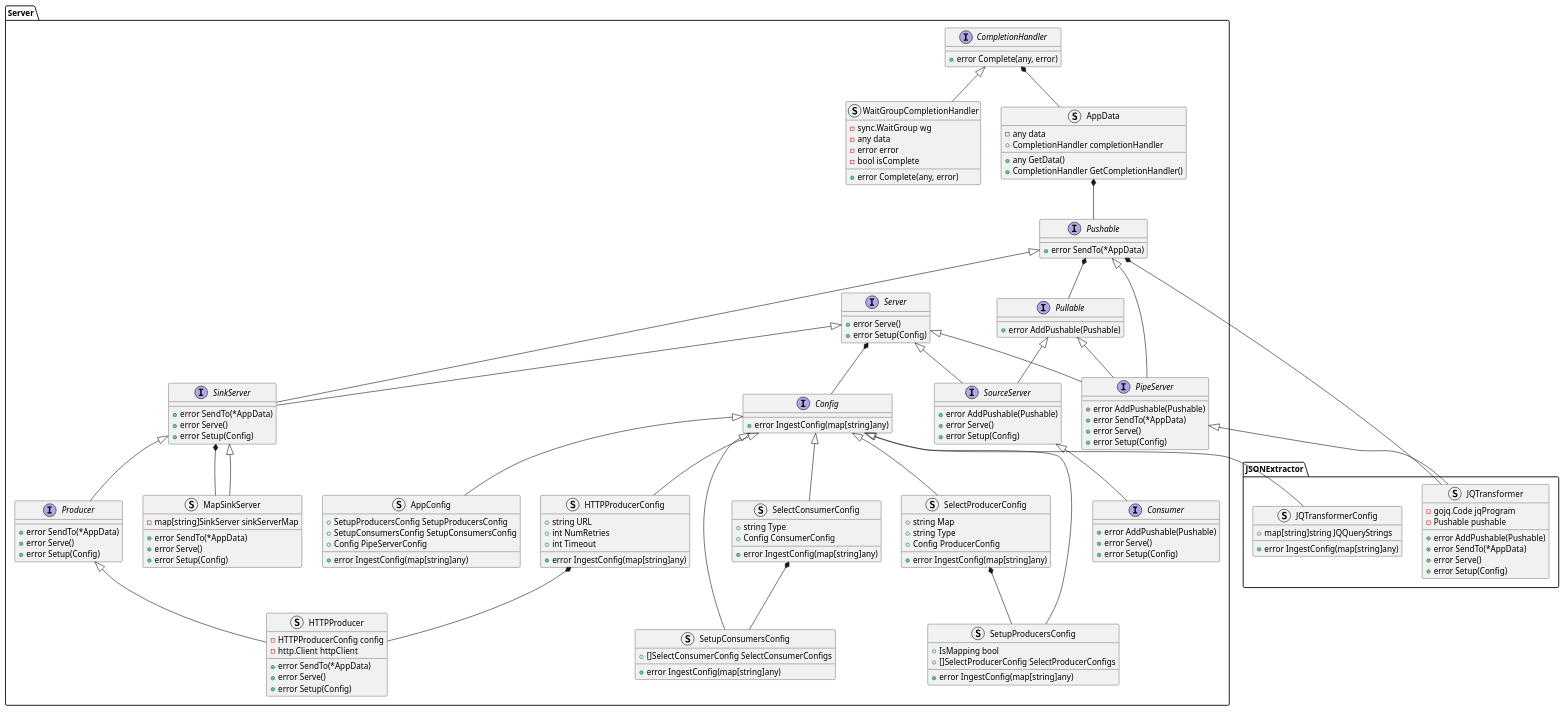
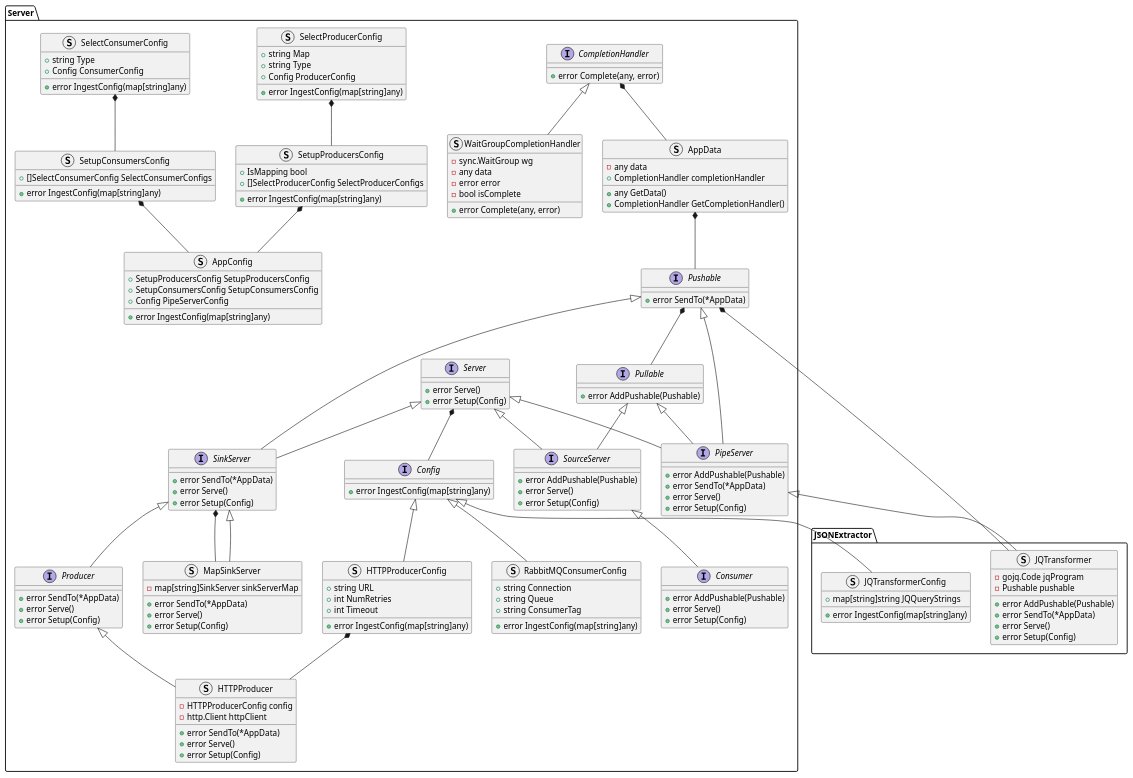
Before and after one commit to xtuml/otel2pv: the diagram in docs/design_notes/DN1_JSON_Extractor/class_diagram.puml, drawn with PlantUML. The commit also changed 4 other files, not shown here.

First line of the commit message:
Cdsopv 73 create config type for message broker consumer (#46)

```diff
--- a/docs/design_notes/DN1_JSON_Extractor/class_diagram.puml
+++ b/docs/design_notes/DN1_JSON_Extractor/class_diagram.puml
@@ -1,151 +1,155 @@
 @startuml
 namespace JSONExtractor {
     struct JQTransformerConfig {
         +map[string]string JQQueryStrings
         +error IngestConfig(map[string]any)
     }
     struct JQTransformer {
         -gojq.Code jqProgram
         -Pushable pushable
         +error AddPushable(Pushable)
         +error SendTo(*AppData)
         +error Serve()
         +error Setup(Config)
     }
 }
 namespace Server {
     interface CompletionHandler {
         +error Complete(any, error)
     }
     struct WaitGroupCompletionHandler {
         -sync.WaitGroup wg
         -any data
         -error error
         -bool isComplete
         +error Complete(any, error)
     }
     struct AppData {
         -any data
         +CompletionHandler completionHandler
         +any GetData()
         +CompletionHandler GetCompletionHandler()
     }
     interface Server {
         +error Serve()
         +error Setup(Config)
     }
     interface Pullable {
         +error AddPushable(Pushable)
     }
     interface Pushable {
         +error SendTo(*AppData)
     }
     interface SourceServer {
         +error AddPushable(Pushable)
         +error Serve()
         +error Setup(Config)
     }
     interface SinkServer {
         +error SendTo(*AppData)
         +error Serve()
         +error Setup(Config)
     }
     interface PipeServer {
         +error AddPushable(Pushable)
         +error SendTo(*AppData)
         +error Serve()
         +error Setup(Config)
     }
     interface Producer {
         +error SendTo(*AppData)
         +error Serve()
         +error Setup(Config)
     }
     struct HTTPProducer {
         -HTTPProducerConfig config
         -http.Client httpClient
         +error SendTo(*AppData)
         +error Serve()
         +error Setup(Config)
     }
     interface Consumer {
         +error AddPushable(Pushable)
         +error Serve()
         +error Setup(Config)
     }
     struct MapSinkServer {
         -map[string]SinkServer sinkServerMap
         +error SendTo(*AppData)
         +error Serve()
         +error Setup(Config)
     }
     interface Config {
         +error IngestConfig(map[string]any)
     }
     struct HTTPProducerConfig {
         +string URL
         +int NumRetries
         +int Timeout
         +error IngestConfig(map[string]any)
     }
+    struct RabbitMQConsumerConfig {
+        +string Connection
+        +string Queue
+        +string ConsumerTag
+        +error IngestConfig(map[string]any)
+    }
     struct SelectProducerConfig {
         +string Map
         +string Type
         +Config ProducerConfig
         +error IngestConfig(map[string]any)
     }
     struct SetupProducersConfig {
         +IsMapping bool
         +[]SelectProducerConfig SelectProducerConfigs
         +error IngestConfig(map[string]any)
     }
     struct SelectConsumerConfig {
         +string Type
         +Config ConsumerConfig
         +error IngestConfig(map[string]any)
     }
     struct SetupConsumersConfig {
         +[]SelectConsumerConfig SelectConsumerConfigs
         +error IngestConfig(map[string]any)
     }
     struct AppConfig {
         +SetupProducersConfig SetupProducersConfig
         +SetupConsumersConfig SetupConsumersConfig
         +Config PipeServerConfig
         +error IngestConfig(map[string]any)
     }
 }
 Server.CompletionHandler <|-- Server.WaitGroupCompletionHandler
 Server.CompletionHandler *-- Server.AppData
 Server.AppData *-- Server.Pushable
 Server.Server <|-- Server.SourceServer
 Server.Pushable *-- Server.Pullable
 Server.Pullable <|-- Server.SourceServer
 Server.Server <|-- Server.SinkServer
 Server.Pushable <|-- Server.SinkServer
 Server.Pushable <|-- Server.PipeServer
 Server.Pullable <|-- Server.PipeServer
 Server.Server <|-- Server.PipeServer
 
 Server.SinkServer <|-- Server.Producer
 Server.SinkServer *-- Server.MapSinkServer
 Server.SinkServer <|-- Server.MapSinkServer
 Server.SourceServer <|-- Server.Consumer
 
 Server.PipeServer <|-- JSONExtractor.JQTransformer
 Server.Pushable *-- JSONExtractor.JQTransformer
 
 
 Server.Server *-- Server.Config
 Server.Config <|-- JSONExtractor.JQTransformerConfig
 Server.Config <|-- Server.HTTPProducerConfig
-Server.Config <|-- Server.SelectProducerConfig
-Server.Config <|-- Server.SetupProducersConfig
-Server.Config <|-- Server.SelectConsumerConfig
-Server.Config <|-- Server.SetupConsumersConfig
-Server.Config <|-- Server.AppConfig
+Server.Config <|-- Server.RabbitMQConsumerConfig
+Server.SetupProducersConfig *-- Server.AppConfig
+Server.SetupConsumersConfig *-- Server.AppConfig
 Server.SelectProducerConfig *-- Server.SetupProducersConfig
 Server.SelectConsumerConfig *-- Server.SetupConsumersConfig
 Server.Producer <|-- Server.HTTPProducer
 Server.HTTPProducerConfig *-- Server.HTTPProducer
 @enduml
```
